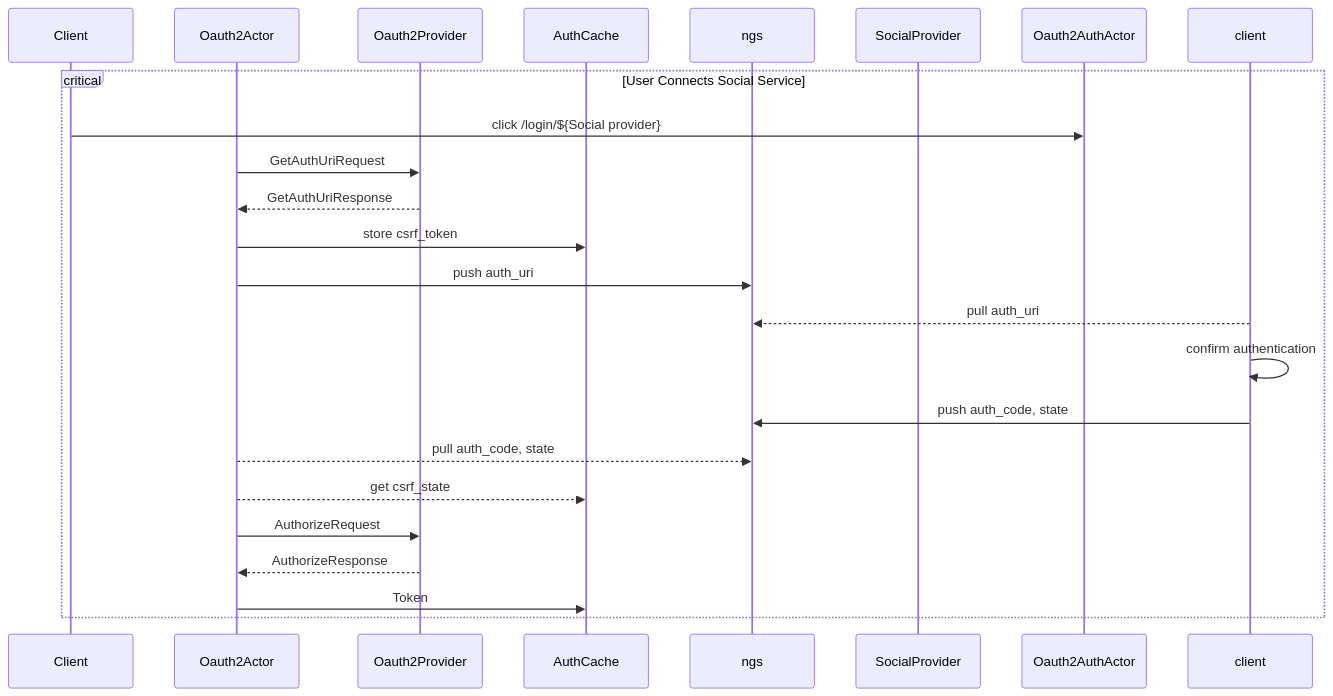
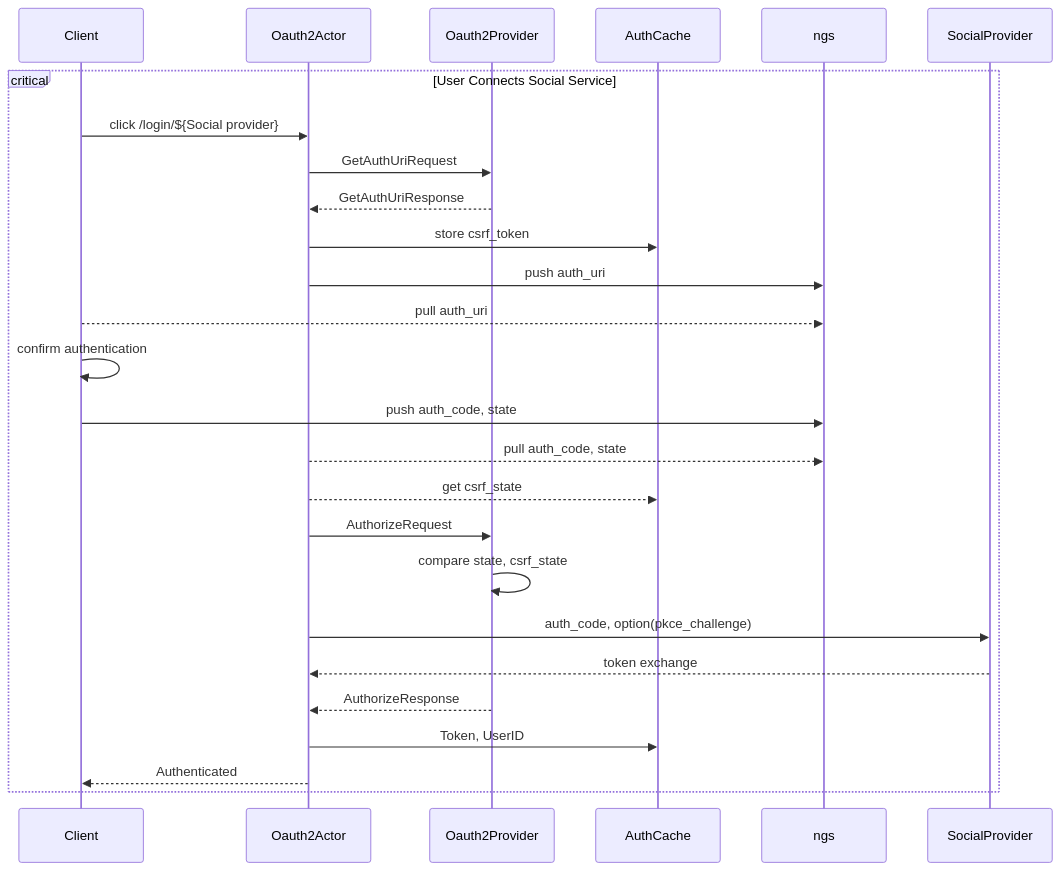
Before and after one commit to jamminmusic/Features: the diagram in oauth2.md, drawn with Mermaid. The commit also changed 3 other files, not shown here.

Commit message:
updated oauth2 diagram, interface and provider

````diff
--- a/oauth2.md
+++ b/oauth2.md
@@ -3,26 +3,30 @@
 ``` mermaid
 sequenceDiagram
     %% Actors
     participant Client
     participant Oauth2Actor
     participant Oauth2Provider
     participant AuthCache
     participant ngs
     participant SocialProvider
 
     critical User Connects Social Service
-        Client ->> Oauth2AuthActor: click /login/${Social provider}
+        Client ->> Oauth2Actor: click /login/${Social provider}
         Oauth2Actor ->> Oauth2Provider: GetAuthUriRequest
         Oauth2Provider -->> Oauth2Actor: GetAuthUriResponse
         Oauth2Actor ->> AuthCache: store csrf_token
         Oauth2Actor ->> ngs: push auth_uri
-        client -->> ngs: pull auth_uri
-        client ->> client: confirm authentication
-        client ->> ngs: push auth_code, state
+        Client -->> ngs: pull auth_uri
+        Client ->> Client: confirm authentication
+        Client ->> ngs: push auth_code, state
         Oauth2Actor -->> ngs: pull auth_code, state
         Oauth2Actor -->> AuthCache: get csrf_state
         Oauth2Actor ->> Oauth2Provider: AuthorizeRequest
+        Oauth2Provider ->> Oauth2Provider: compare state, csrf_state
+        Oauth2Actor ->> SocialProvider: auth_code, option(pkce_challenge)
+        SocialProvider -->> Oauth2Actor: token exchange
         Oauth2Provider -->> Oauth2Actor: AuthorizeResponse
-        Oauth2Actor ->> AuthCache: Token
+        Oauth2Actor ->> AuthCache: Token, UserID
+        Oauth2Actor -->> Client: Authenticated
     end
 ```
````
